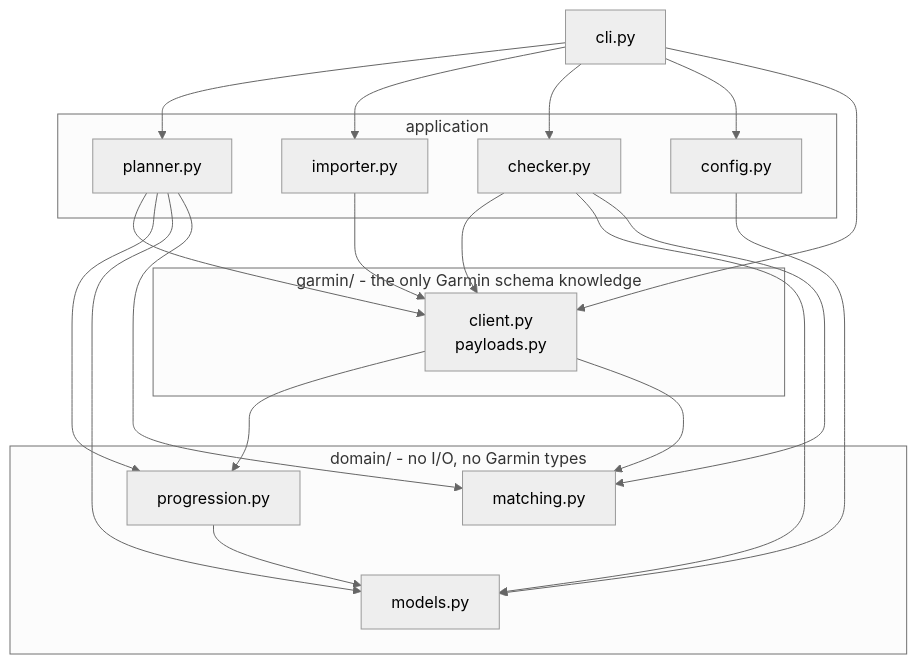
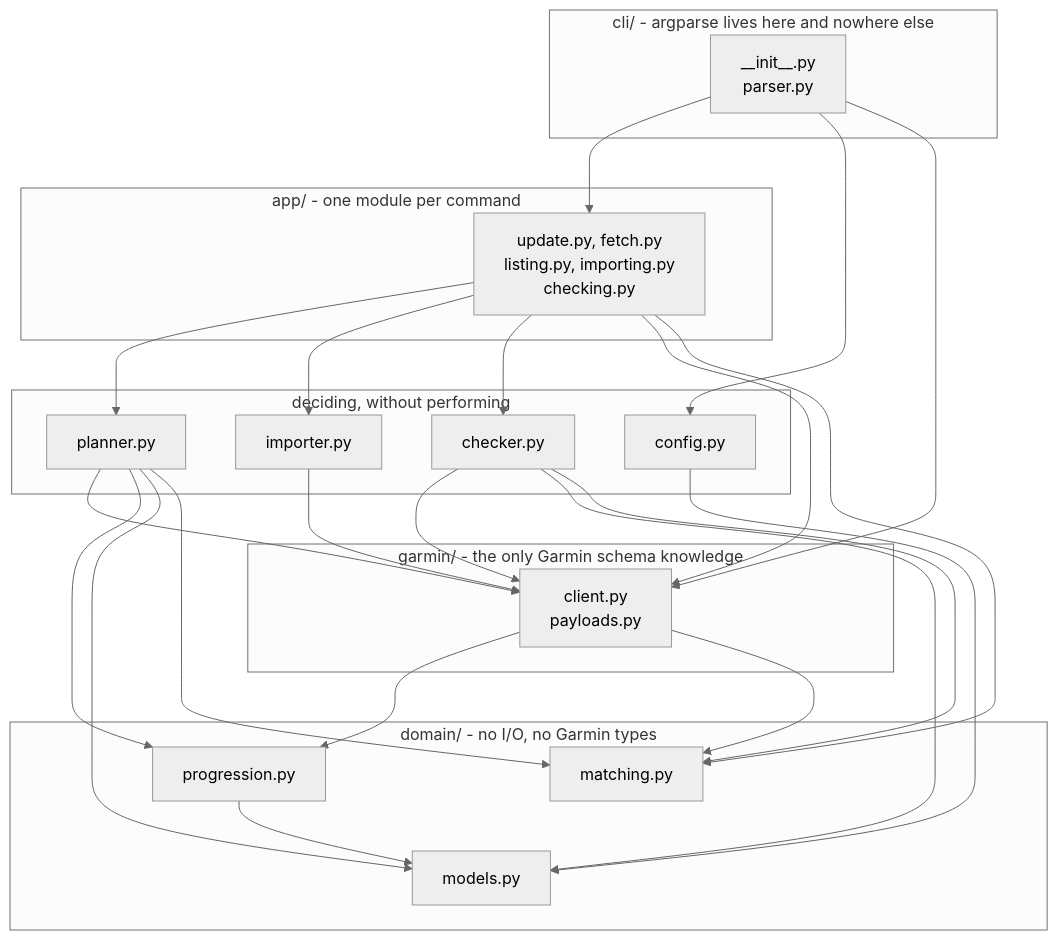
The first of 2 diagrams in docs/architecture.md (theadzik/repwise), drawn with Mermaid (neutral theme) before and after one commit. The commit also changed other lines of this file and 14 other files, not shown here.

````diff
--- a/docs/architecture.md
+++ b/docs/architecture.md
@@ -45,29 +61,37 @@
 ```mermaid
 flowchart TD
-    cli["cli.py"]
+    subgraph presentation["cli/ - argparse lives here and nowhere else"]
+        cli["__init__.py<br/>parser.py"]
+    end
 
-    subgraph app["application"]
+    subgraph application["app/ - one module per command"]
+        commands["update.py, fetch.py<br/>listing.py, importing.py<br/>checking.py"]
+    end
+
+    subgraph services["deciding, without performing"]
         planner["planner.py"]
         importer["importer.py"]
         checker["checker.py"]
         config["config.py"]
     end
 
     subgraph adapter["garmin/ - the only Garmin schema knowledge"]
         garmin["client.py<br/>payloads.py"]
     end
 
     subgraph domain["domain/ - no I/O, no Garmin types"]
         progression["progression.py"]
         models["models.py"]
         matching["matching.py"]
     end
 
-    cli --> planner & importer & checker & config
-    cli --> garmin
+    cli --> commands
+    cli --> config & garmin
+    commands --> planner & importer & checker
+    commands --> garmin & matching
     planner & importer & checker --> garmin
     planner & garmin --> progression
     planner & checker & config --> models
     planner & checker & garmin --> matching
     progression --> models
 ```
````
